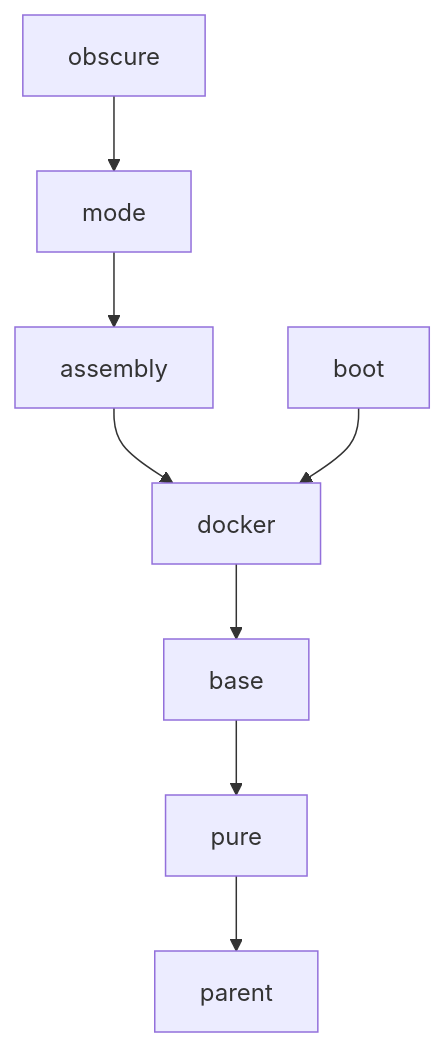
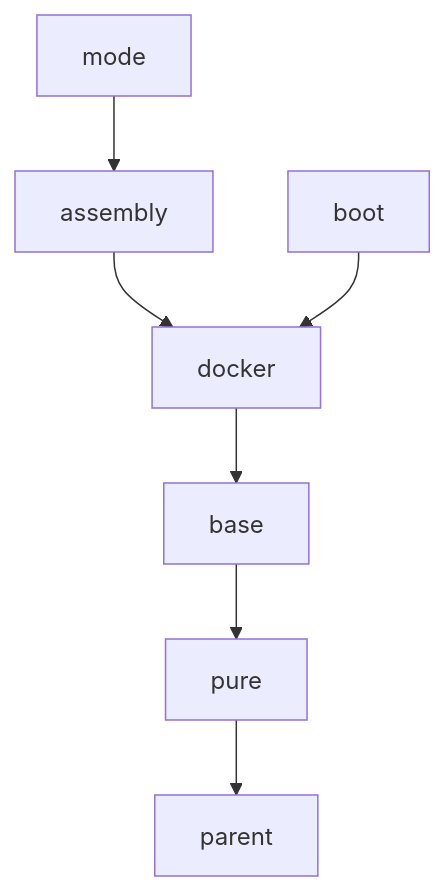
The diagram in README.md (dbstar-org/parent), drawn with Mermaid before and after one commit. The commit also changed other lines of this file and 4 other files, not shown here.

````diff
--- a/README.md
+++ b/README.md
@@ -33,10 +32,9 @@
 ```mermaid
 graph TD;
     pure-->parent;
     base-->pure;
     docker-->base;
     assembly-->docker;
     mode-->assembly;
-    obscure-->mode;
     boot-->docker;
 ```
````
